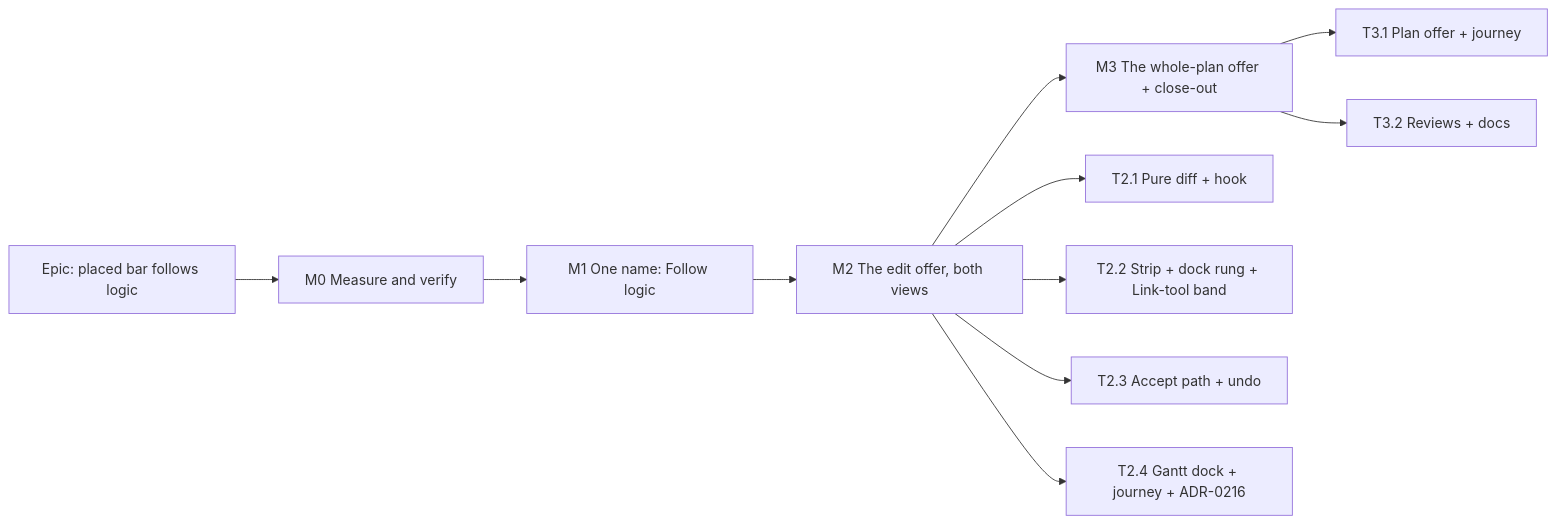
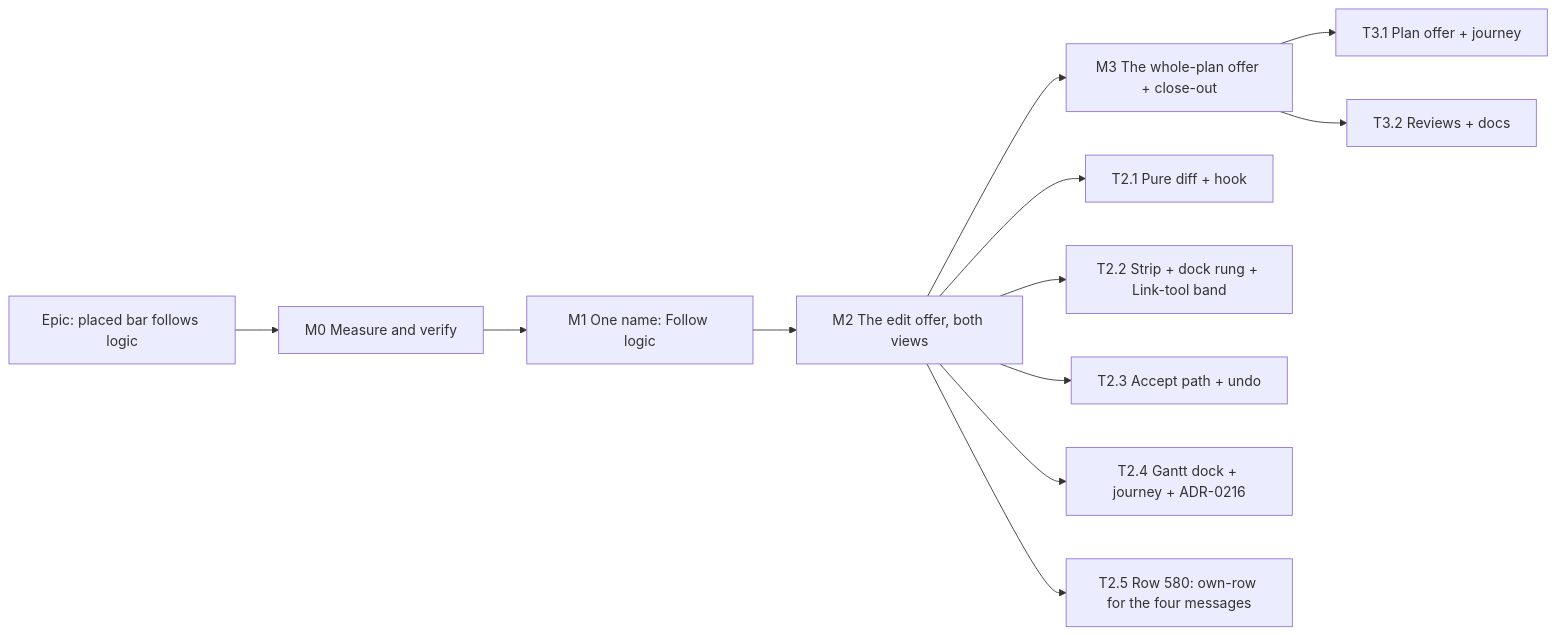
Before and after one commit to HuttonHomeHub/SchedulePoint_1: the diagram in docs/specs/placed-bar-follows-link/implementation-plan.md, drawn with Mermaid. The commit also changed other lines of this file and 10 other files, not shown here.

````diff
--- a/docs/specs/placed-bar-follows-link/implementation-plan.md
+++ b/docs/specs/placed-bar-follows-link/implementation-plan.md
@@ -10,13 +10,14 @@
 ```mermaid
 flowchart LR
   E[Epic: placed bar follows logic] --> M0[M0 Measure and verify]
   M0 --> M1[M1 One name: Follow logic]
   M1 --> M2[M2 The edit offer, both views]
   M2 --> M3[M3 The whole-plan offer + close-out]
   M2 --> T21[T2.1 Pure diff + hook]
   M2 --> T22[T2.2 Strip + dock rung + Link-tool band]
   M2 --> T23[T2.3 Accept path + undo]
   M2 --> T24[T2.4 Gantt dock + journey + ADR-0216]
+  M2 --> T25[T2.5 Row 580: own-row for the four messages]
   M3 --> T31[T3.1 Plan offer + journey]
   M3 --> T32[T3.2 Reviews + docs]
 ```
````
